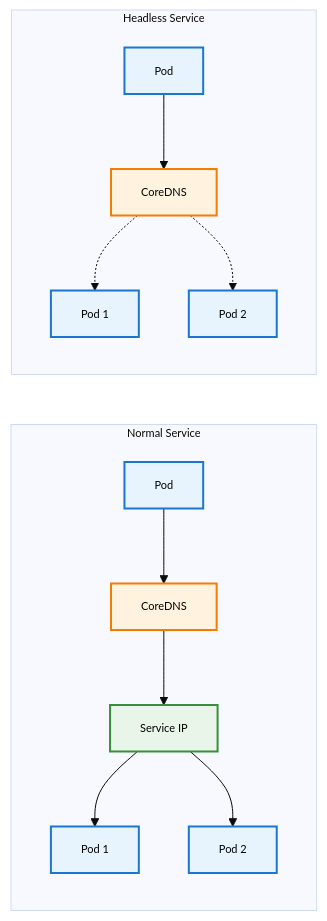
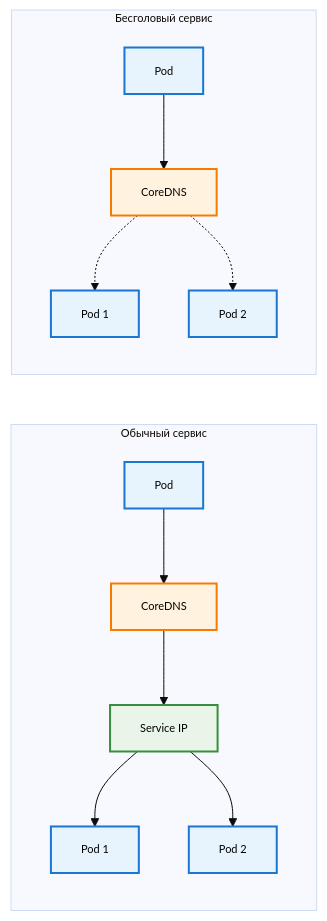
One commit to razkevich/system_design_course changed the fourth of 5 diagrams in 4_distributed_systems/kubernetes_networking_ru.md. Above: the diagram before and after it, drawn with Mermaid. The commit also changed other lines of this file and 7 other files, not shown here.

````diff
--- a/4_distributed_systems/kubernetes_networking_ru.md
+++ b/4_distributed_systems/kubernetes_networking_ru.md
@@ -248,37 +248,37 @@
 ```mermaid
 %%{init: {'theme':'base', 'themeVariables': { 'primaryTextColor': '#000', 'fontSize': '11px'}}}%%
 flowchart LR
 P["Pod"] --> D["CoreDNS"]
 D --> S["Service IP"]
 S --> Pod1["Pod 1"]
 S --> Pod2["Pod 2"]
 
 P2["Pod"] --> D2["CoreDNS"]
 D2 -.-> Pod3["Pod 1"]
 D2 -.-> Pod4["Pod 2"]
 
-subgraph "Normal Service"
+subgraph "Обычный сервис"
 P
 D
 S
 Pod1
 Pod2
 end
 
-subgraph "Headless Service"
+subgraph "Бесголовый сервис"
 P2
 D2
 Pod3
 Pod4
 end
 
 style P fill:#e8f4fd,stroke:#1976d2,stroke-width:2px,color:#000
 style P2 fill:#e8f4fd,stroke:#1976d2,stroke-width:2px,color:#000
 style Pod1 fill:#e8f4fd,stroke:#1976d2,stroke-width:2px,color:#000
 style Pod2 fill:#e8f4fd,stroke:#1976d2,stroke-width:2px,color:#000
 style Pod3 fill:#e8f4fd,stroke:#1976d2,stroke-width:2px,color:#000
 style Pod4 fill:#e8f4fd,stroke:#1976d2,stroke-width:2px,color:#000
 style D fill:#fff3e0,stroke:#f57c00,stroke-width:2px,color:#000
 style D2 fill:#fff3e0,stroke:#f57c00,stroke-width:2px,color:#000
 style S fill:#e8f5e8,stroke:#388e3c,stroke-width:2px,color:#000
 ```
````
